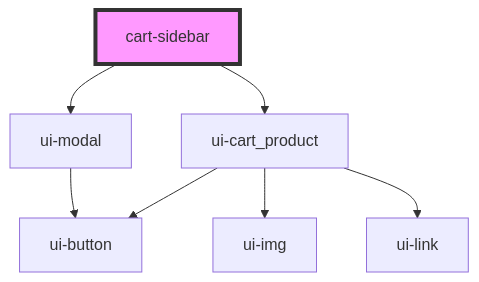
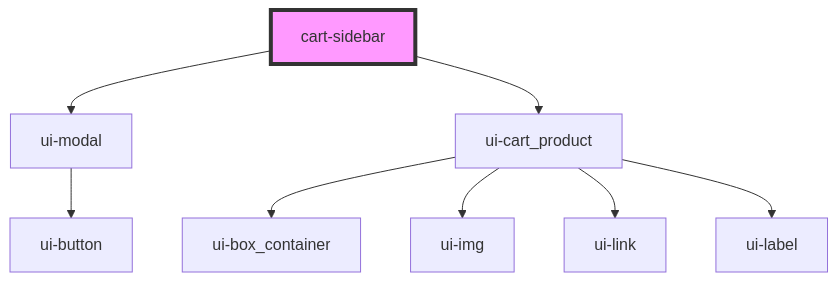
One commit to ankitghanekar-hcl/ui-shared-web-components changed the diagram in src/components/cart-sidebar/readme.md. Above: the diagram before and after it, drawn with Mermaid. The commit also changed other lines of this file and 3 other files, not shown here.

````diff
--- a/src/components/cart-sidebar/readme.md
+++ b/src/components/cart-sidebar/readme.md
@@ -21,10 +20,11 @@
 ```mermaid
 graph TD;
   cart-sidebar --> ui-modal
   cart-sidebar --> ui-cart_product
   ui-modal --> ui-button
+  ui-cart_product --> ui-box_container
   ui-cart_product --> ui-img
   ui-cart_product --> ui-link
-  ui-cart_product --> ui-button
+  ui-cart_product --> ui-label
   style cart-sidebar fill:#f9f,stroke:#333,stroke-width:4px
 ```
````
